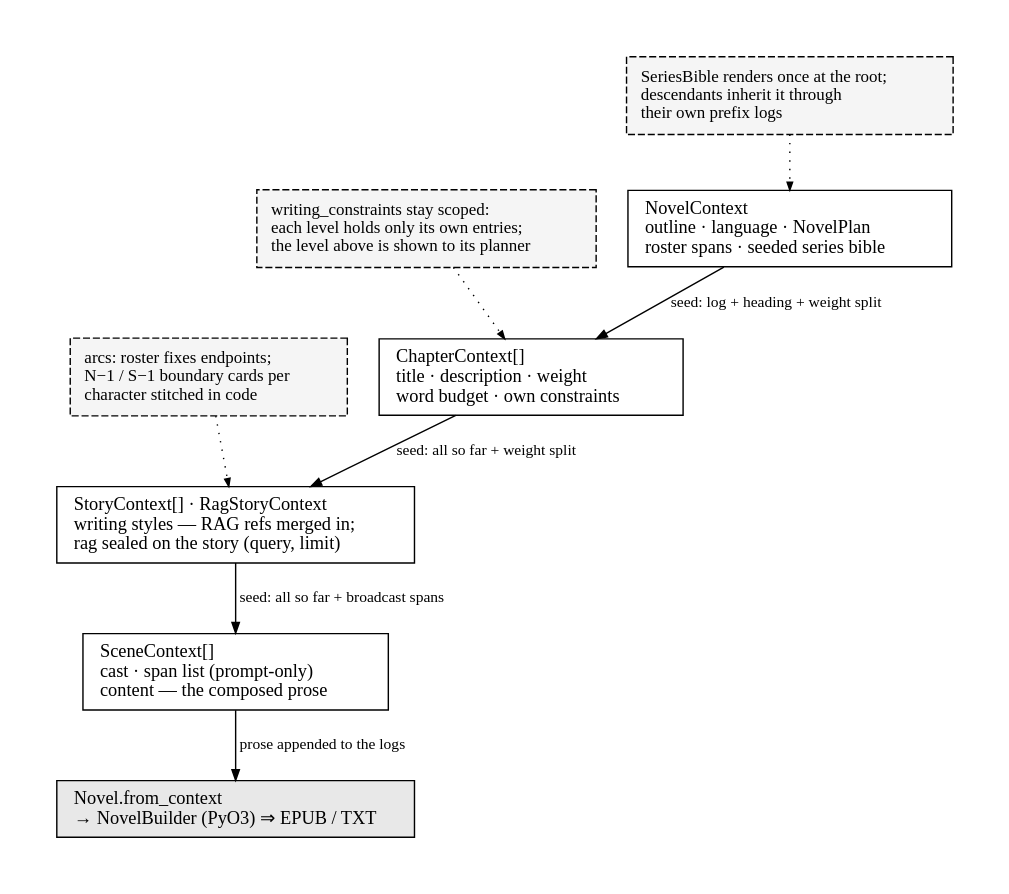
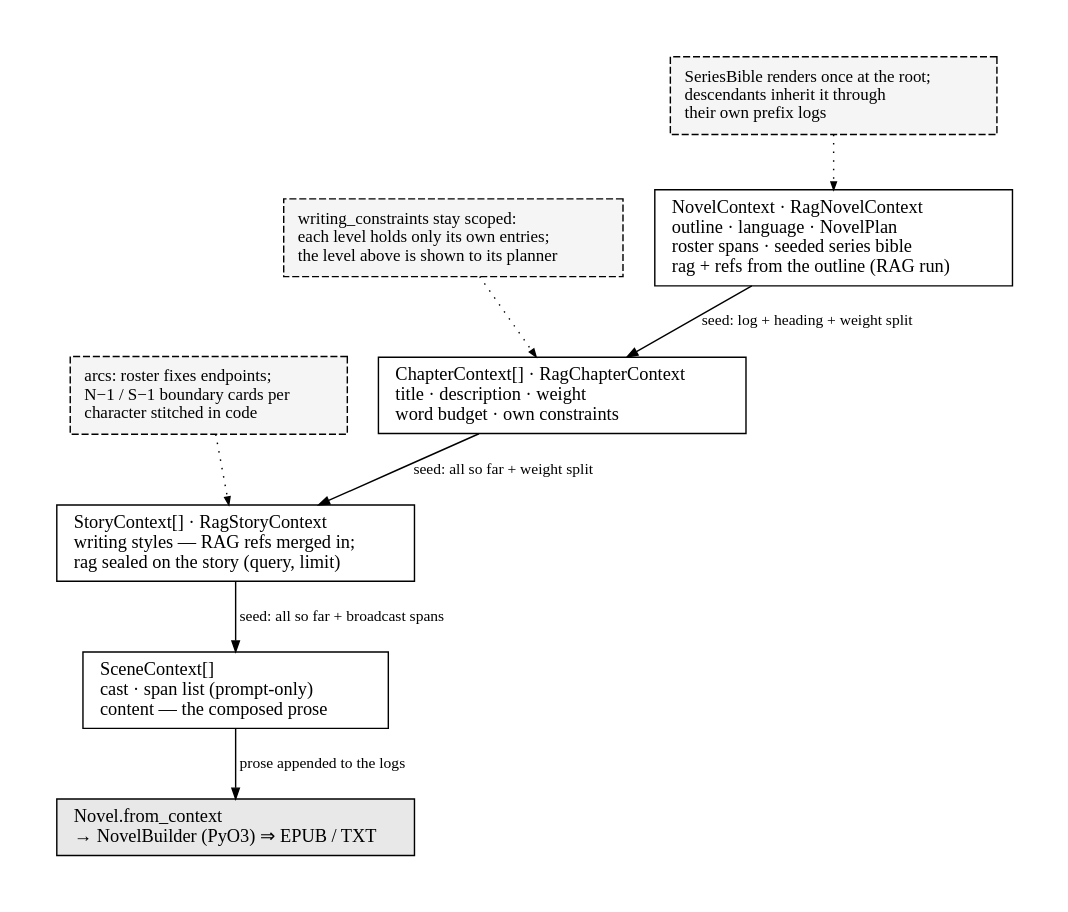
One commit to Whth/fabricatio changed the diagram in packages/fabricatio-novel/assets/dataflow.gv. Above: the diagram before and after it, drawn with Graphviz. The commit also changed 10 other files, not shown here.

First line of the commit message:
docs(novel): document the two-level RAG pipeline

```diff
--- a/packages/fabricatio-novel/assets/dataflow.gv
+++ b/packages/fabricatio-novel/assets/dataflow.gv
@@ -1,41 +1,41 @@
 // fabricatio-novel: what flows down the context tree, and what flows back up.
 // Render: dot -Tsvg dataflow.gv -o dataflow.svg
 digraph dataflow {
     rankdir=TB;
     bgcolor="white";
     fontname="serif";
     pad="0.45";
     nodesep=0.30;
     ranksep=0.52;
 
     node [shape=box, style="filled", fillcolor="white", color="black",
           fontname="serif", fontsize=13, margin="0.16,0.09"];
     edge [color="black", arrowsize=0.75, fontname="serif", fontsize=11];
 
-    novel   [label="NovelContext\loutline · language · NovelPlan\lroster spans · seeded series bible\l"];
-    chapter [label="ChapterContext[]\ltitle · description · weight\lword budget · own constraints\l"];
+    novel   [label="NovelContext · RagNovelContext\loutline · language · NovelPlan\lroster spans · seeded series bible\lrag + refs from the outline (RAG run)\l"];
+    chapter [label="ChapterContext[] · RagChapterContext\ltitle · description · weight\lword budget · own constraints\l"];
     story   [label="StoryContext[] · RagStoryContext\lwriting styles — RAG refs merged in;\lrag sealed on the story (query, limit)\l"];
     scene   [label="SceneContext[]\lcast · span list (prompt-only)\lcontent — the composed prose\l"];
 
     novel   -> chapter [label="  seed: log + heading + weight split\l"];
     chapter -> story [label="  seed: all so far + weight split\l"];
     story   -> scene  [label="  seed: all so far + broadcast spans\l"];
 
     // downward cross-cutting mechanisms
     node [style="filled, dashed", fillcolor="#F5F5F5", fontsize=12, margin="0.14,0.11"];
     edge [style=dotted, arrowsize=0.55];
 
     bible  [label="SeriesBible renders once at the root;\ldescendants inherit it through\ltheir own prefix logs\l"];
     constr [label="writing_constraints stay scoped:\leach level holds only its own entries;\lthe level above is shown to its planner\l"];
     spans  [label="arcs: roster fixes endpoints;\lN−1 / S−1 boundary cards per\lcharacter stitched in code\l"];
 
     bible  -> novel;
     constr -> chapter;
     spans  -> story;
 
     // upward aggregation
     node [style="filled", fillcolor="#E8E8E8", fontsize=13, margin="0.16,0.09"];
     edge [style=solid, arrowsize=0.75];
     asm [label="Novel.from_context\l→ NovelBuilder (PyO3) ⇒ EPUB / TXT\l"];
     scene -> asm [label="  prose appended to the logs\l"];
 }
```
